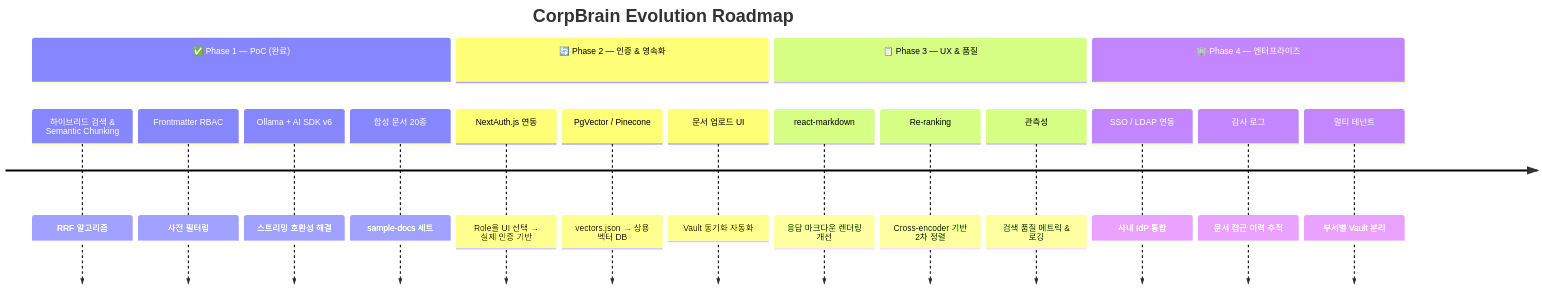
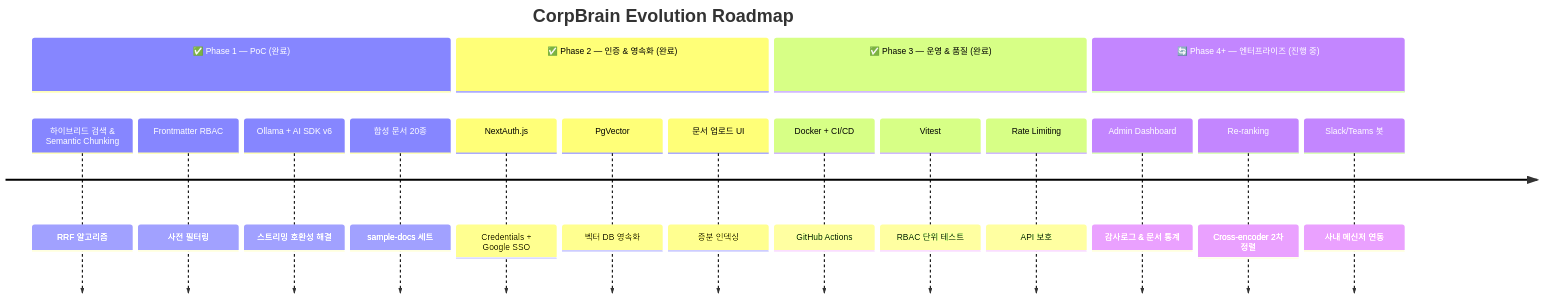
The seventh of 7 diagrams in README.md (dayainow/corp-brain), drawn with Mermaid before and after one commit. The commit also changed other lines of this file, not shown here.

Commit message:
docs: README 및 업그레이드 계획서 Phase 4 완료 상태 반영

````diff
--- a/README.md
+++ b/README.md
@@ -287,21 +312,21 @@
 ```mermaid
 timeline
     title CorpBrain Evolution Roadmap
     section ✅ Phase 1 — PoC (완료)
         하이브리드 검색 & Semantic Chunking : RRF 알고리즘
         Frontmatter RBAC : 사전 필터링
         Ollama + AI SDK v6 : 스트리밍 호환성 해결
         합성 문서 20종 : sample-docs 세트
-    section 🔄 Phase 2 — 인증 & 영속화
-        NextAuth.js 연동 : Role을 UI 선택 → 실제 인증 기반
-        PgVector / Pinecone : vectors.json → 상용 벡터 DB
-        문서 업로드 UI : Vault 동기화 자동화
-    section 📋 Phase 3 — UX & 품질
-        react-markdown : 응답 마크다운 렌더링 개선
-        Re-ranking : Cross-encoder 기반 2차 정렬
-        관측성 : 검색 품질 메트릭 & 로깅
-    section 🏢 Phase 4 — 엔터프라이즈
-        SSO / LDAP 연동 : 사내 IdP 통합
-        감사 로그 : 문서 접근 이력 추적
-        멀티 테넌트 : 부서별 Vault 분리
+    section ✅ Phase 2 — 인증 & 영속화 (완료)
+        NextAuth.js : Credentials + Google SSO
+        PgVector : 벡터 DB 영속화
+        문서 업로드 UI : 증분 인덱싱
+    section ✅ Phase 3 — 운영 & 품질 (완료)
+        Docker + CI/CD : GitHub Actions
+        Vitest : RBAC 단위 테스트
+        Rate Limiting : API 보호
+    section 🔄 Phase 4+ — 엔터프라이즈 (진행 중)
+        Admin Dashboard : 감사로그 & 문서 통계
+        Re-ranking : Cross-encoder 2차 정렬
+        Slack/Teams 봇 : 사내 메신저 연동
 ```
````
